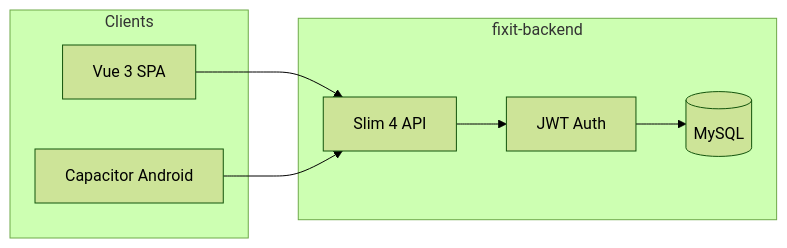
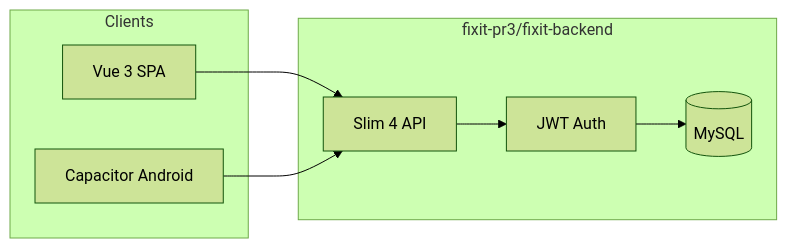
The diagram in README.md (OLGTX303/fixit), drawn with Mermaid (forest theme) before and after one commit. The commit also changed other lines of this file and 158 other files, not shown here.

````diff
--- a/README.md
+++ b/README.md
@@ -117,16 +53,16 @@
 ```mermaid
 flowchart LR
   subgraph clients [Clients]
     Web[Vue 3 SPA]
     Android[Capacitor Android]
   end
-  subgraph api [fixit-backend]
+  subgraph api [fixit-pr3/fixit-backend]
     Slim[Slim 4 API]
     JWT[JWT Auth]
     MySQL[(MySQL)]
   end
   Web --> Slim
   Android --> Slim
   Slim --> JWT
   JWT --> MySQL
 ```
````
